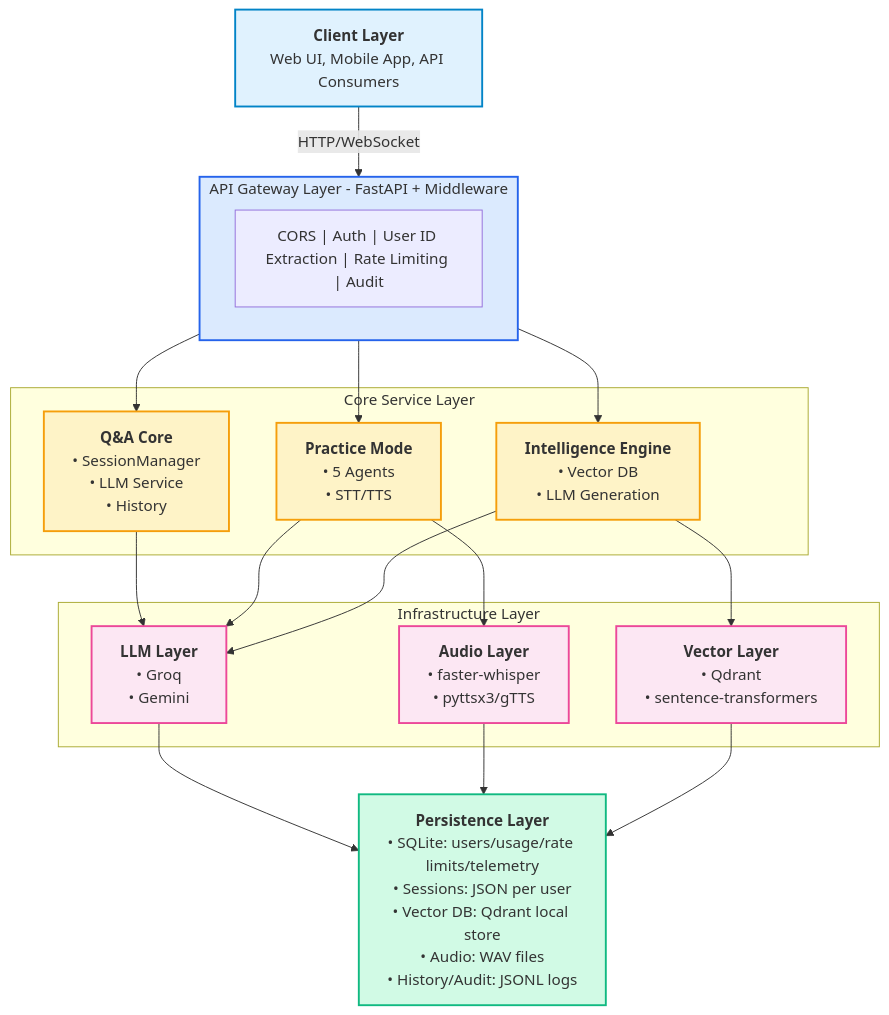
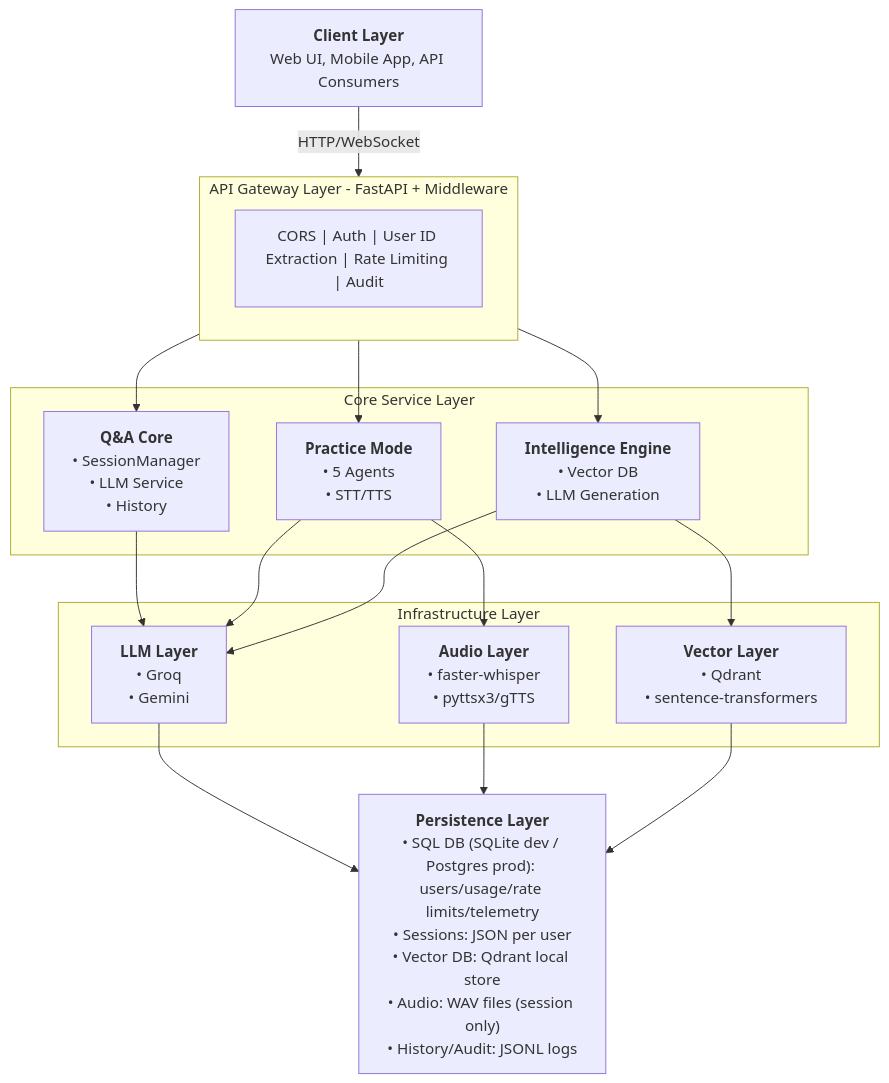
Before and after one commit to Varun-addh/Chat_Assistant: the first of 3 diagrams in Stratax_AI_Technical_Documentation.md, drawn with Mermaid. The commit also changed other lines of this file and 20 other files, not shown here.

````diff
--- a/Stratax_AI_Technical_Documentation.md
+++ b/Stratax_AI_Technical_Documentation.md
@@ -236,47 +236,37 @@
 ```mermaid
 graph TB
     Client["<b>Client Layer</b><br/>Web UI, Mobile App, API Consumers"]
     
     subgraph Gateway["API Gateway Layer - FastAPI + Middleware"]
         MW["CORS | Auth | User ID Extraction | Rate Limiting | Audit"]
     end
     
     subgraph Core["Core Service Layer"]
         QA["<b>Q&A Core</b><br/>• SessionManager<br/>• LLM Service<br/>• History"]
         PM["<b>Practice Mode</b><br/>• 5 Agents<br/>• STT/TTS"]
         IE["<b>Intelligence Engine</b><br/>• Vector DB<br/>• LLM Generation"]
     end
     
     subgraph Infrastructure["Infrastructure Layer"]
         LLM["<b>LLM Layer</b><br/>• Groq<br/>• Gemini"]
         Audio["<b>Audio Layer</b><br/>• faster-whisper<br/>• pyttsx3/gTTS"]
         Vector["<b>Vector Layer</b><br/>• Qdrant<br/>• sentence-transformers"]
     end
     
-    Persist["<b>Persistence Layer</b><br/>• SQLite: users/usage/rate limits/telemetry<br/>• Sessions: JSON per user<br/>• Vector DB: Qdrant local store<br/>• Audio: WAV files<br/>• History/Audit: JSONL logs"]
+    Persist["<b>Persistence Layer</b><br/>• SQL DB (SQLite dev / Postgres prod): users/usage/rate limits/telemetry<br/>• Sessions: JSON per user<br/>• Vector DB: Qdrant local store<br/>• Audio: WAV files (session only)<br/>• History/Audit: JSONL logs"]
     
     Client -->|HTTP/WebSocket| Gateway
     Gateway --> QA
     Gateway --> PM
     Gateway --> IE
     
     QA --> LLM
     PM --> LLM
     PM --> Audio
     IE --> Vector
     IE --> LLM
     
     LLM --> Persist
     Audio --> Persist
     Vector --> Persist
-    
-    style Client fill:#e0f2fe,stroke:#0284c7,stroke-width:2px
-    style Gateway fill:#dbeafe,stroke:#2563eb,stroke-width:2px
-    style QA fill:#fef3c7,stroke:#f59e0b,stroke-width:2px
-    style PM fill:#fef3c7,stroke:#f59e0b,stroke-width:2px
-    style IE fill:#fef3c7,stroke:#f59e0b,stroke-width:2px
-    style LLM fill:#fce7f3,stroke:#ec4899,stroke-width:2px
-    style Audio fill:#fce7f3,stroke:#ec4899,stroke-width:2px
-    style Vector fill:#fce7f3,stroke:#ec4899,stroke-width:2px
-    style Persist fill:#d1fae5,stroke:#10b981,stroke-width:2px
 ```
````
